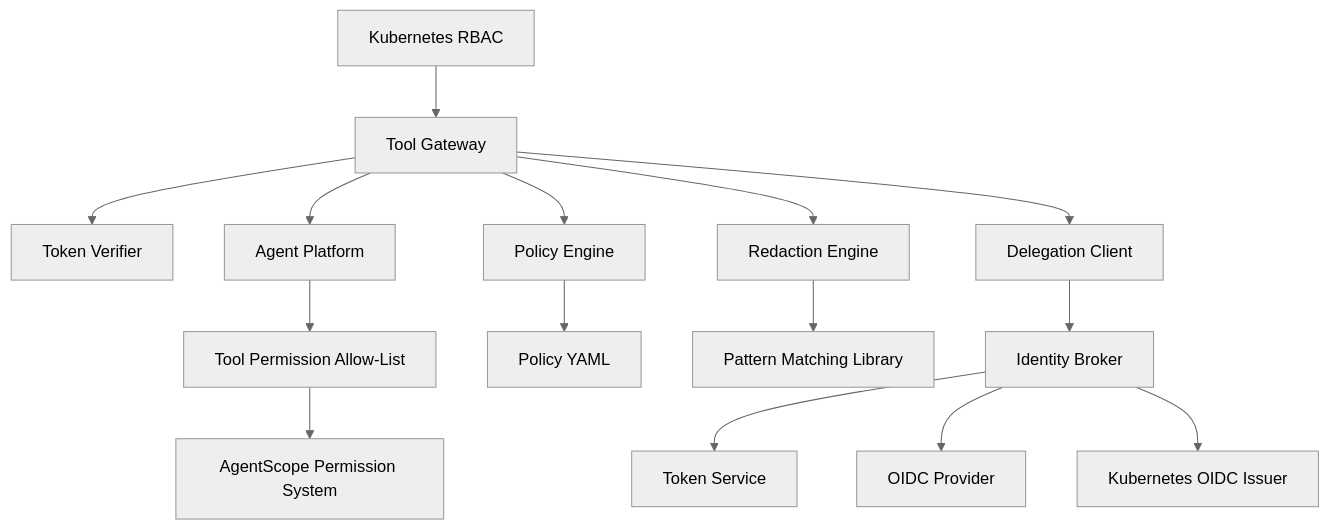
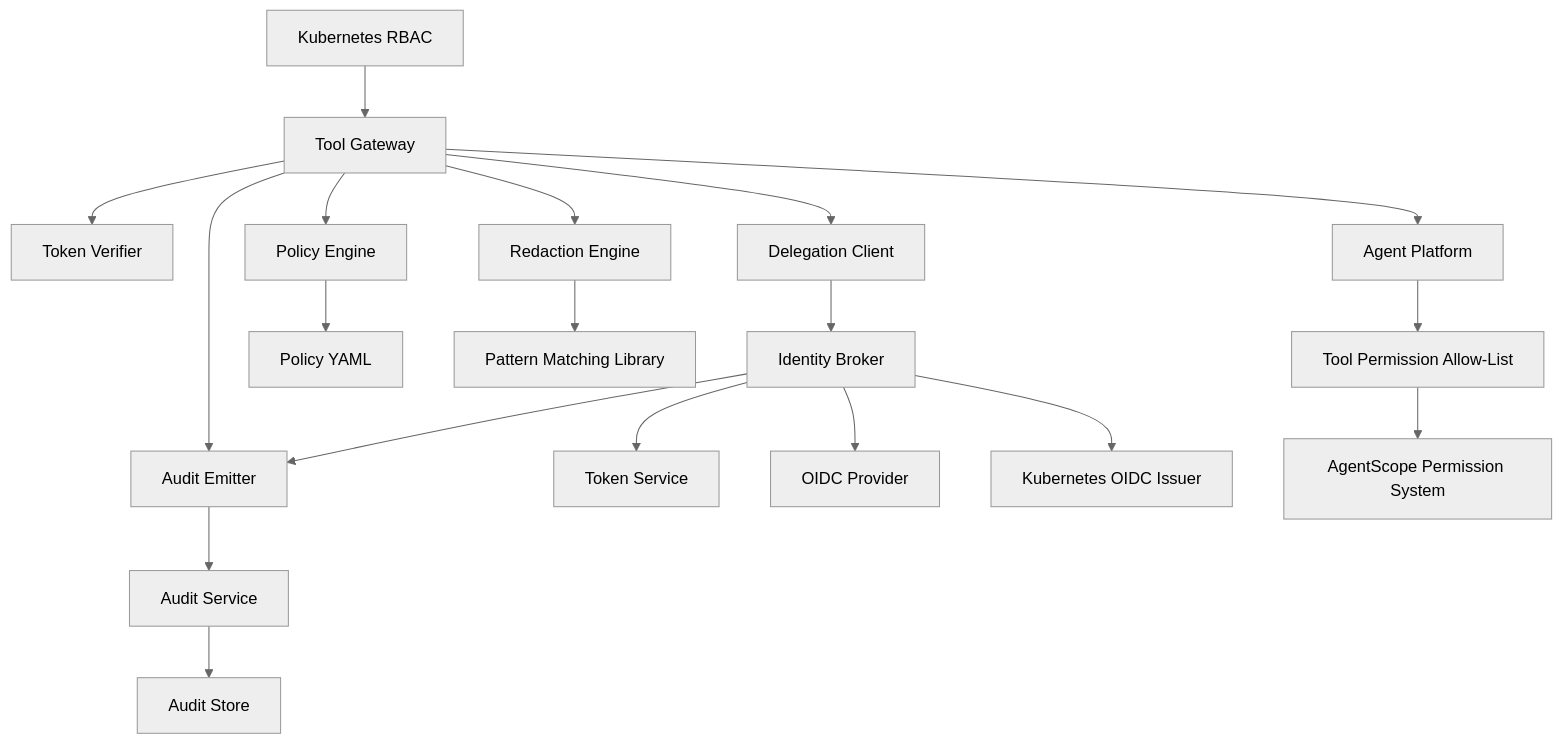
One commit to metasync/luban-aiops changed the ninth of 9 diagrams in .qoder/repowiki/en/content/Security Guide/Security Guide.md. Above: the diagram before and after it, drawn with Mermaid (neutral theme). The commit also changed other lines of this file and 48 other files, not shown here.

First line of the commit message:
docs: refresh repowiki knowledge cache for audit-service product

````diff
--- a/.qoder/repowiki/en/content/Security Guide/Security Guide.md
+++ b/.qoder/repowiki/en/content/Security Guide/Security Guide.md
@@ -425,17 +492,21 @@
 ```mermaid
 graph TB
 Gateway["Tool Gateway"] --> TokenVerifier["Token Verifier"]
 Gateway --> PolicyEngine["Policy Engine"]
 Gateway --> AgentPlatform["Agent Platform"]
 Gateway --> DelegationClient["Delegation Client"]
 Gateway --> RedactionEngine["Redaction Engine"]
+Gateway --> AuditEmitter["Audit Emitter"]
 IdentityBroker["Identity Broker"] --> TokenService["Token Service"]
 IdentityBroker --> OIDCProvider["OIDC Provider"]
 IdentityBroker --> WorkloadOIDC["Kubernetes OIDC Issuer"]
+IdentityBroker --> AuditEmitter
 PolicyEngine --> PolicyYAML["Policy YAML"]
 RBAC["Kubernetes RBAC"] --> Gateway
 DelegationClient --> IdentityBroker
 RedactionEngine --> PatternMatching["Pattern Matching Library"]
 AgentPlatform --> AllowList["Tool Permission Allow-List"]
 AllowList --> AgentScope["AgentScope Permission System"]
+AuditEmitter --> AuditService["Audit Service"]
+AuditService --> AuditStore["Audit Store"]
 ```
````
